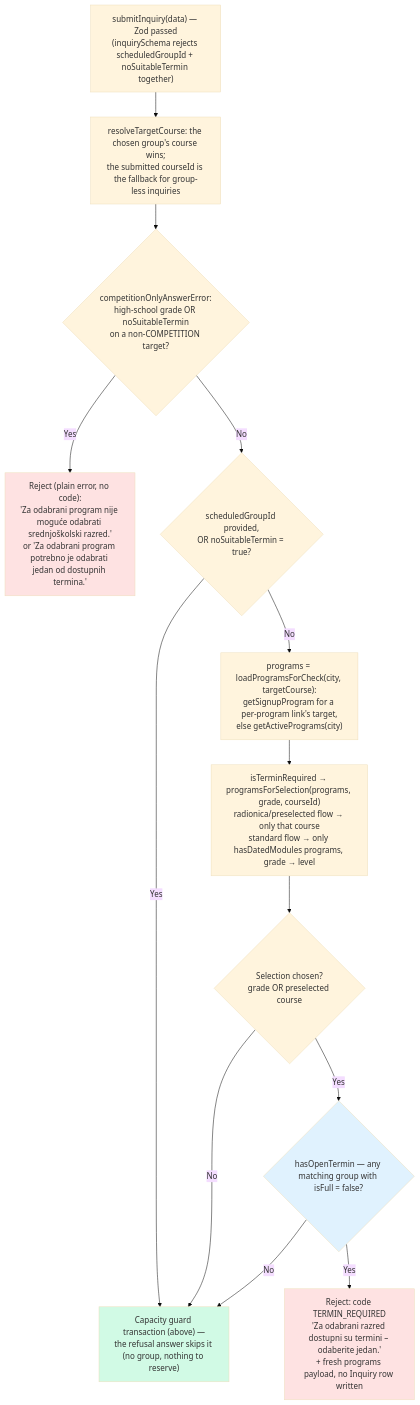
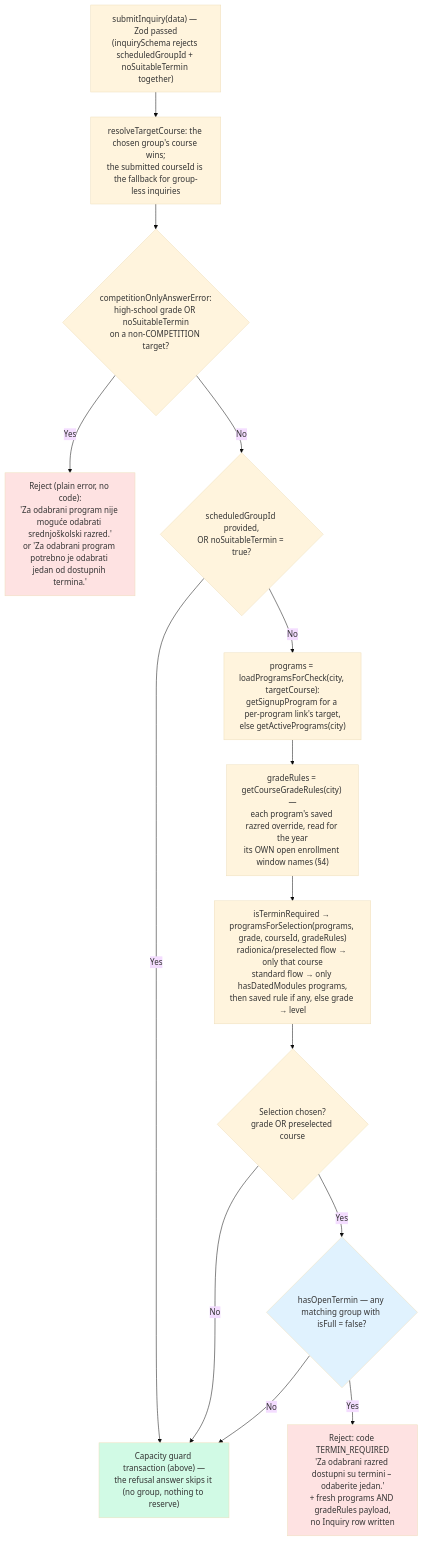
One commit to jpucic00/inovatic changed the sixth of 16 diagrams in docs/diagrams/enrollment-rules.md. Above: the diagram before and after it, drawn with Mermaid (base theme). The commit also changed other lines of this file and 30 other files, not shown here.

````diff
--- a/docs/diagrams/enrollment-rules.md
+++ b/docs/diagrams/enrollment-rules.md
@@ -224,20 +228,21 @@
 ```mermaid
 flowchart TD
     A["submitInquiry(data) — Zod passed<br/>(inquirySchema rejects scheduledGroupId + noSuitableTermin together)"] --> RT["resolveTargetCourse: the chosen group's course wins;<br/>the submitted courseId is the fallback for group-less inquiries"]
     RT --> G1{"competitionOnlyAnswerError:<br/>high-school grade OR noSuitableTermin<br/>on a non-COMPETITION target?"}
     G1 -->|Yes| GERR["Reject (plain error, no code):<br/>'Za odabrani program nije moguće odabrati srednjoškolski razred.'<br/>or 'Za odabrani program potrebno je odabrati jedan od dostupnih termina.'"]
     G1 -->|No| B{"scheduledGroupId provided,<br/>OR noSuitableTermin = true?"}
     B -->|Yes| TX["Capacity guard transaction (above) —<br/>the refusal answer skips it (no group, nothing to reserve)"]
     B -->|No| C["programs = loadProgramsForCheck(city, targetCourse):<br/>getSignupProgram for a per-program link's target,<br/>else getActivePrograms(city)"]
-    C --> D["isTerminRequired → programsForSelection(programs, grade, courseId)<br/>radionica/preselected flow → only that course<br/>standard flow → only hasDatedModules programs, grade → level"]
+    C --> CR["gradeRules = getCourseGradeRules(city) —<br/>each program's saved razred override, read for the year<br/>its OWN open enrollment window names (§4)"]
+    CR --> D["isTerminRequired → programsForSelection(programs, grade, courseId, gradeRules)<br/>radionica/preselected flow → only that course<br/>standard flow → only hasDatedModules programs,<br/>then saved rule if any, else grade → level"]
     D --> E{"Selection chosen?<br/>grade OR preselected course"}
     E -->|No| TX
     E -->|Yes| F{"hasOpenTermin — any matching group with isFull = false?"}
     F -->|No| TX
-    F -->|Yes| ERR["Reject: code TERMIN_REQUIRED<br/>'Za odabrani razred dostupni su termini – odaberite jedan.'<br/>+ fresh programs payload, no Inquiry row written"]
+    F -->|Yes| ERR["Reject: code TERMIN_REQUIRED<br/>'Za odabrani razred dostupni su termini – odaberite jedan.'<br/>+ fresh programs AND gradeRules payload,<br/>no Inquiry row written"]
 
     style ERR fill:#fee2e2
     style GERR fill:#fee2e2
     style TX fill:#d1fae5
     style F fill:#e0f2fe
 ```
````
